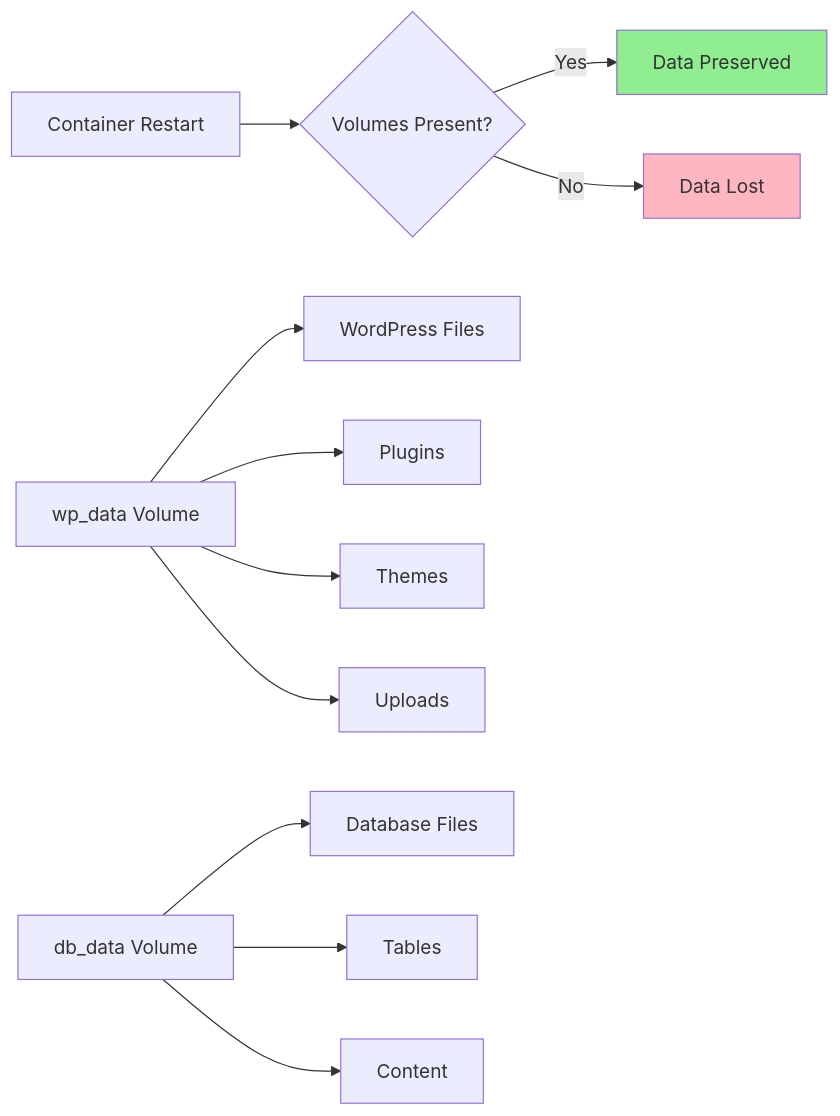
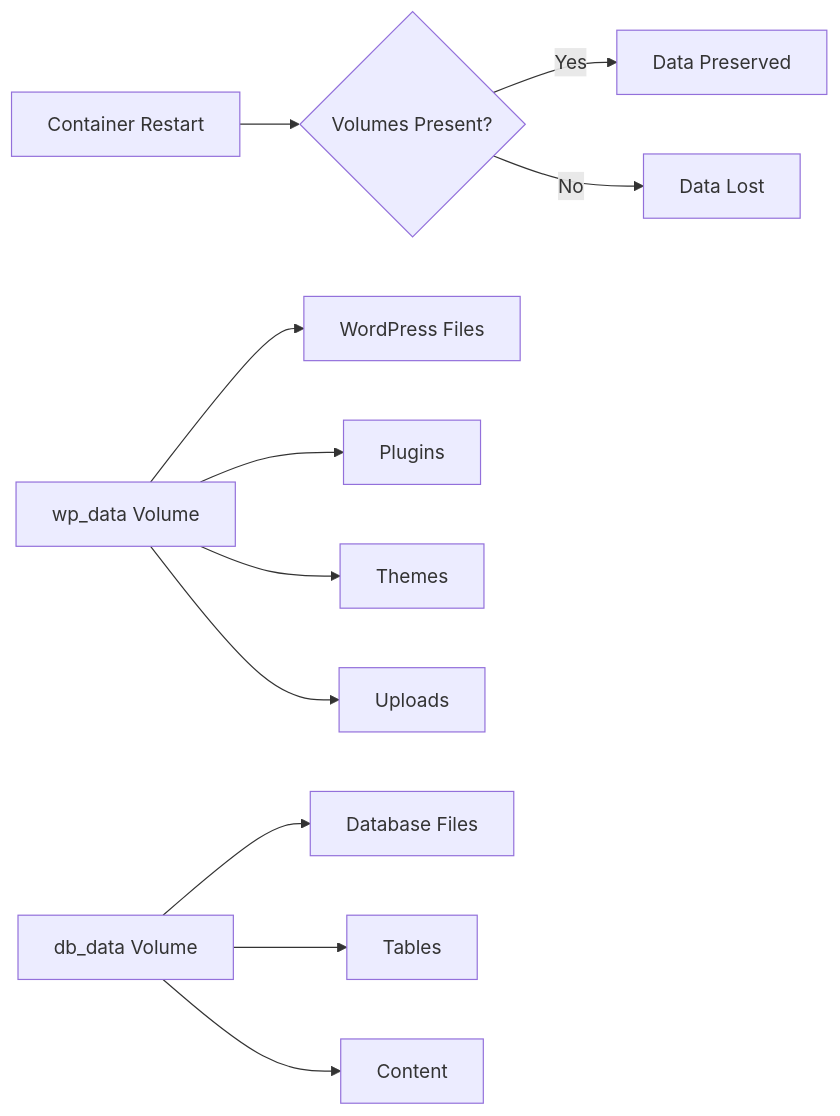
One commit to 4gh0rn/dev-blog changed the fifth of 9 diagrams in docs/projects/wordpress.md. Above: the diagram before and after it, drawn with Mermaid. The commit also changed other lines of this file and 17 other files, not shown here.

````diff
--- a/docs/projects/wordpress.md
+++ b/docs/projects/wordpress.md
@@ -191,18 +177,15 @@
 ```mermaid
 graph LR
     A[Container Restart] --> B{Volumes Present?}
     B -->|Yes| C[Data Preserved]
     B -->|No| D[Data Lost]
     
     E[wp_data Volume] --> E1[WordPress Files]
     E --> E2[Plugins]
     E --> E3[Themes]
     E --> E4[Uploads]
     
     F[db_data Volume] --> F1[Database Files]
     F --> F2[Tables]
     F --> F3[Content]
-    
-    style C fill:#90EE90
-    style D fill:#FFB6C1
 ```
````
